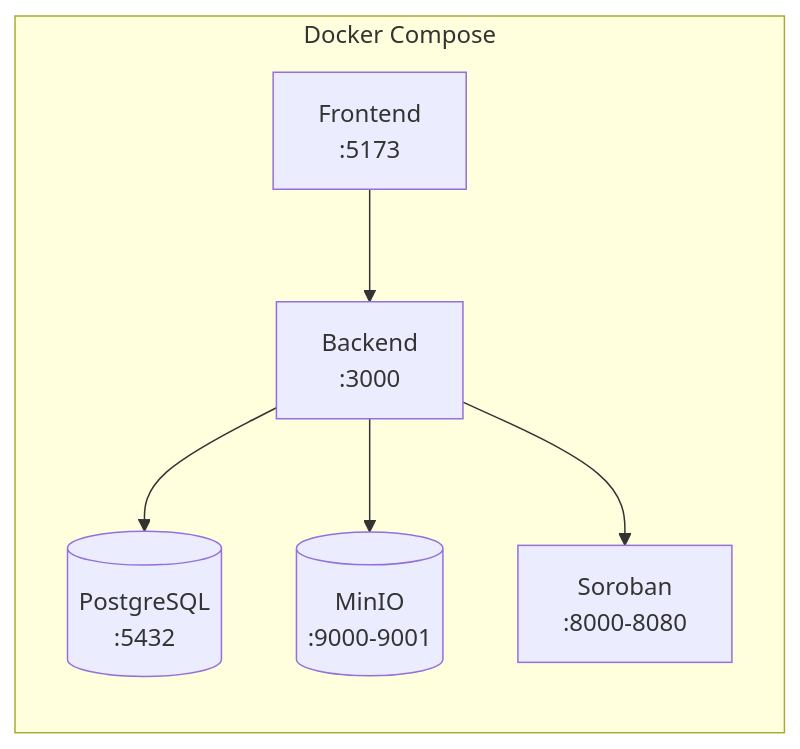
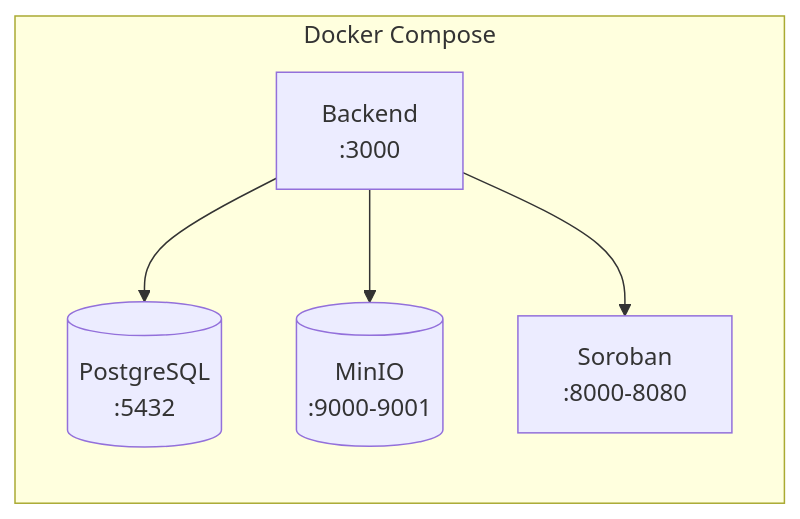
Before and after one commit to CoKeFish/Impacta-Bootcamp: the third of 15 diagrams in ARCHITECTURE.md, drawn with Mermaid. The commit also changed other lines of this file and 9 other files, not shown here.

````diff
--- a/ARCHITECTURE.md
+++ b/ARCHITECTURE.md
@@ -81,15 +72,13 @@
 ```mermaid
 flowchart LR
     subgraph Docker["Docker Compose"]
-        F[Frontend<br/>:5173]
         B[Backend<br/>:3000]
         P[(PostgreSQL<br/>:5432)]
         M[(MinIO<br/>:9000-9001)]
         S[Soroban<br/>:8000-8080]
     end
 
-    F --> B
     B --> P
     B --> M
     B --> S
 ```
````
